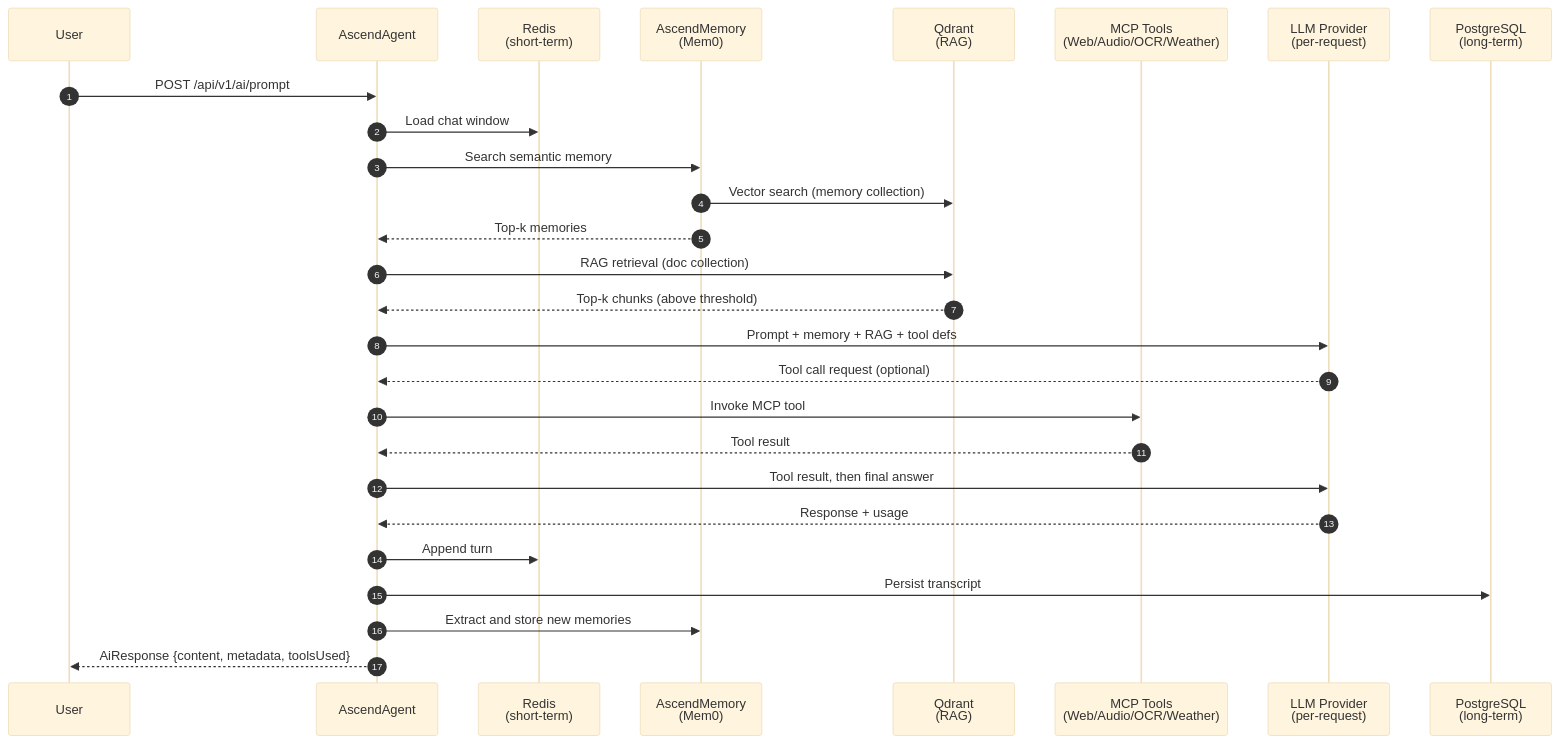
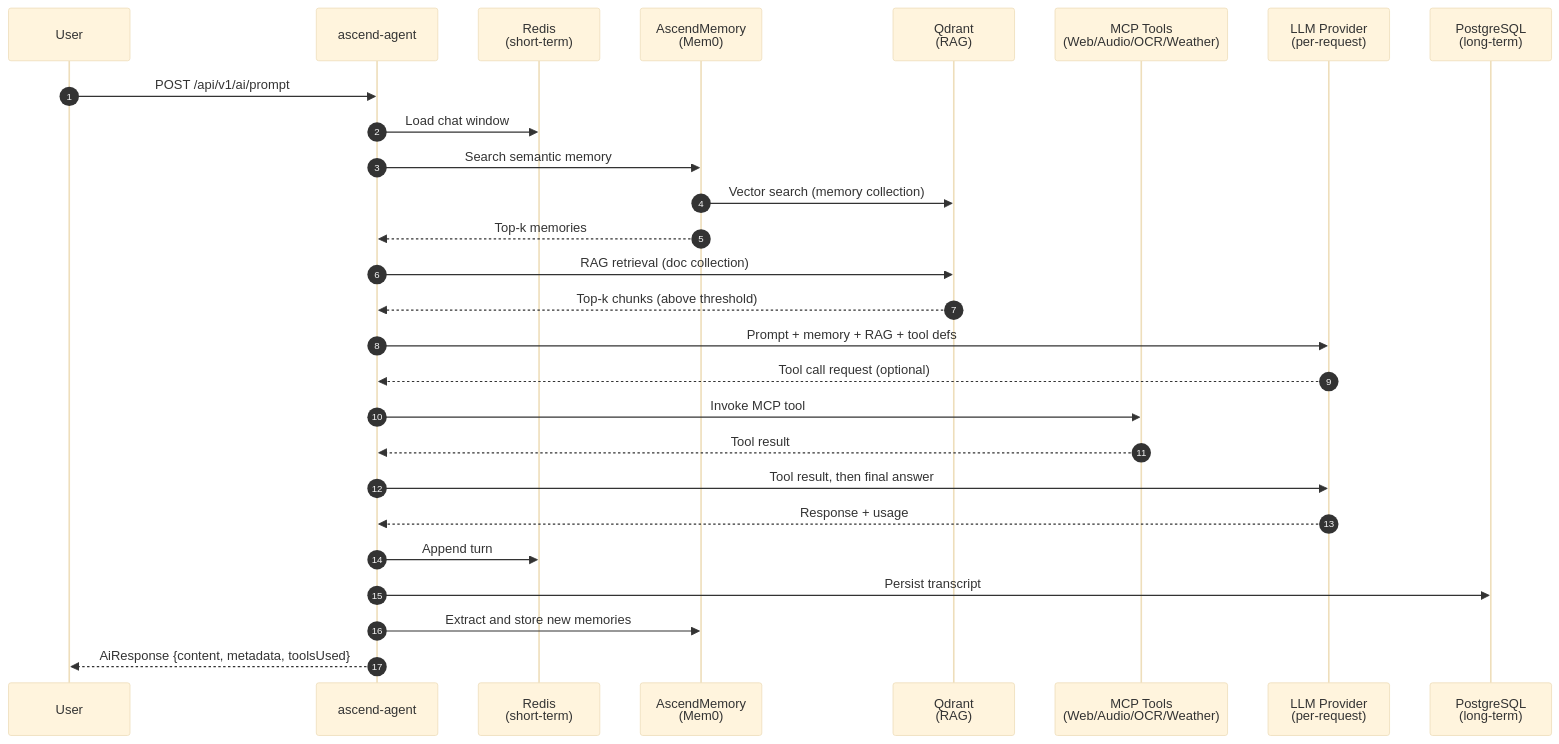
Before and after one commit to Lukk17/AscendAI: the second of 2 diagrams in README.md, drawn with Mermaid (base theme). The commit also changed other lines of this file and 2152 other files, not shown here.

````diff
--- a/README.md
+++ b/README.md
@@ -226,30 +226,30 @@
 ```mermaid
 sequenceDiagram
     autonumber
     participant U as User
-    participant A as AscendAgent
+    participant A as ascend-agent
     participant R as Redis<br/>(short-term)
     participant M as AscendMemory<br/>(Mem0)
     participant Q as Qdrant<br/>(RAG)
     participant T as MCP Tools<br/>(Web/Audio/OCR/Weather)
     participant L as LLM Provider<br/>(per-request)
     participant P as PostgreSQL<br/>(long-term)
 
     U->>A: POST /api/v1/ai/prompt
     A->>R: Load chat window
     A->>M: Search semantic memory
     M->>Q: Vector search (memory collection)
     M-->>A: Top-k memories
     A->>Q: RAG retrieval (doc collection)
     Q-->>A: Top-k chunks (above threshold)
     A->>L: Prompt + memory + RAG + tool defs
     L-->>A: Tool call request (optional)
     A->>T: Invoke MCP tool
     T-->>A: Tool result
     A->>L: Tool result, then final answer
     L-->>A: Response + usage
     A->>R: Append turn
     A->>P: Persist transcript
     A->>M: Extract and store new memories
     A-->>U: AiResponse {content, metadata, toolsUsed}
 ```
````
